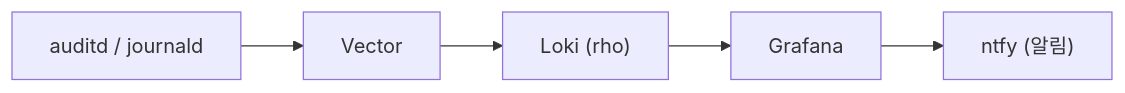
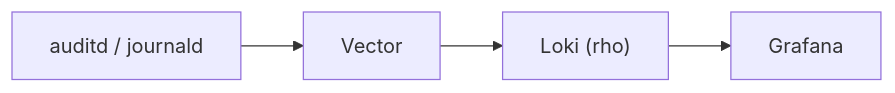
Before and after one commit to SBEE-Lab/infra: the third of 3 diagrams in docs/admin/security.md, drawn with Mermaid. The commit also changed 4 other files, not shown here.

````diff
--- a/docs/admin/security.md
+++ b/docs/admin/security.md
@@ -218,7 +218,6 @@
 ```mermaid
 flowchart LR
   src["auditd / journald"] --> vec["Vector"]
   vec --> loki["Loki (rho)"]
   loki --> graf["Grafana"]
-  graf --> ntfy["ntfy (알림)"]
 ```
````
